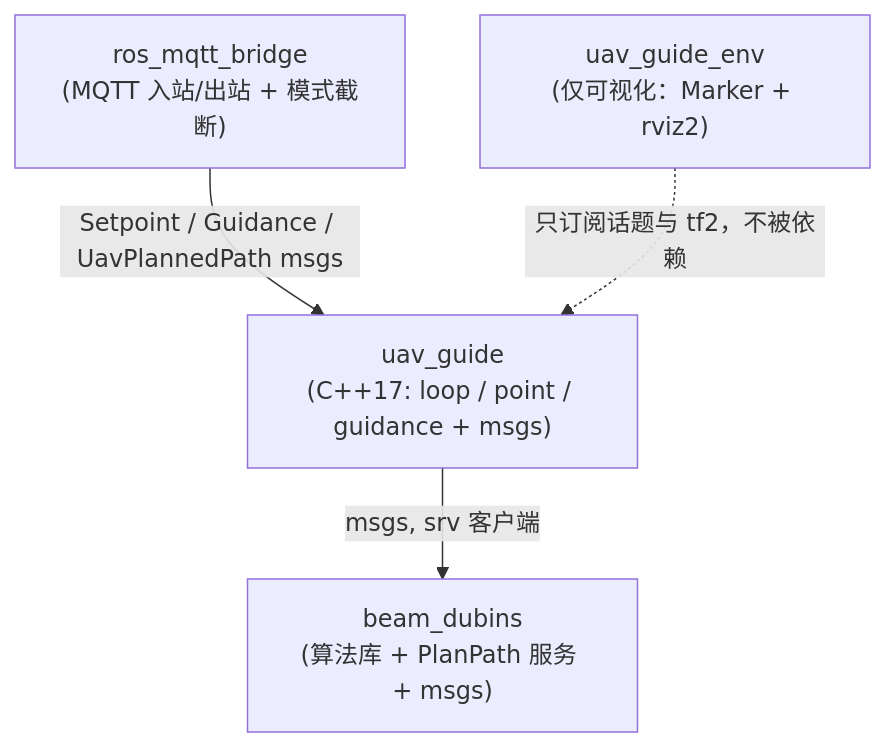
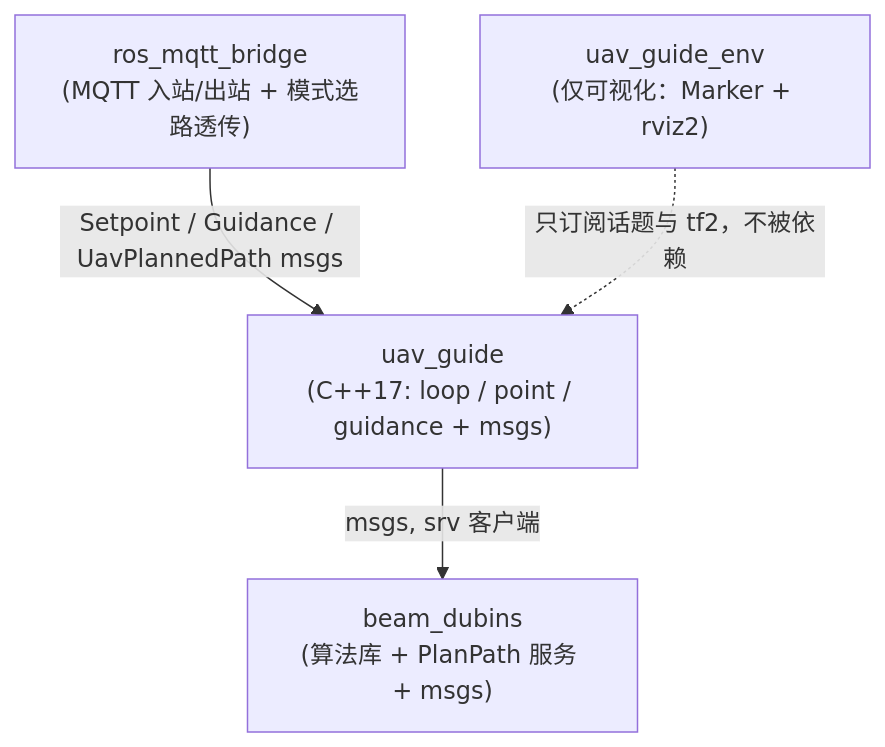
One commit to ZhangxiaokangRichard/beam_UAV_path_plan changed the first of 5 diagrams in doc/ros2rebuild.md. Above: the diagram before and after it, drawn with Mermaid. The commit also changed other lines of this file and 19 other files, not shown here.

````diff
--- a/doc/ros2rebuild.md
+++ b/doc/ros2rebuild.md
@@ -110,10 +111,10 @@
 ```mermaid
 flowchart TD
     BD["beam_dubins<br/>(算法库 + PlanPath 服务 + msgs)"]
     UG["uav_guide<br/>(C++17: loop / point / guidance + msgs)"]
-    RB["ros_mqtt_bridge<br/>(MQTT 入站/出站 + 模式截断)"]
+    RB["ros_mqtt_bridge<br/>(MQTT 入站/出站 + 模式选路透传)"]
     ENV["uav_guide_env<br/>(仅可视化：Marker + rviz2)"]
     UG -->|"msgs, srv 客户端"| BD
     RB -->|"Setpoint / Guidance / UavPlannedPath msgs"| UG
     ENV -.->|"只订阅话题与 tf2，不被依赖"| UG
 ```
````
